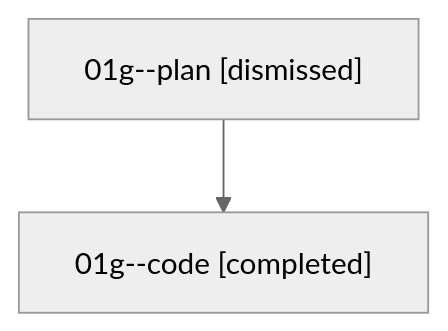
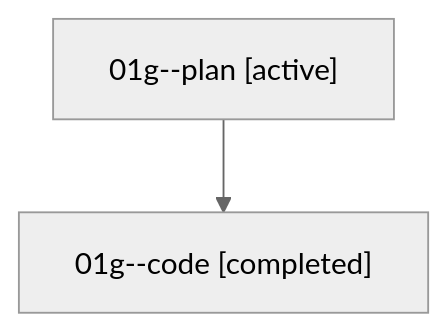
Before and after one commit to bobs-org/bob-cli--agents: the diagram in families/bbugyi200.athena.01g.md, drawn with Mermaid (neutral theme). The commit also changed other lines of this file and 1279 other files, not shown here.

````diff
--- a/families/bbugyi200.athena.01g.md
+++ b/families/bbugyi200.athena.01g.md
@@ -9,6 +9,6 @@
 ```mermaid
 flowchart TD
-  n0["01g--plan [dismissed]"]
+  n0["01g--plan [active]"]
   n1["01g--code [completed]"]
   n0 --> n1
 ```
````
